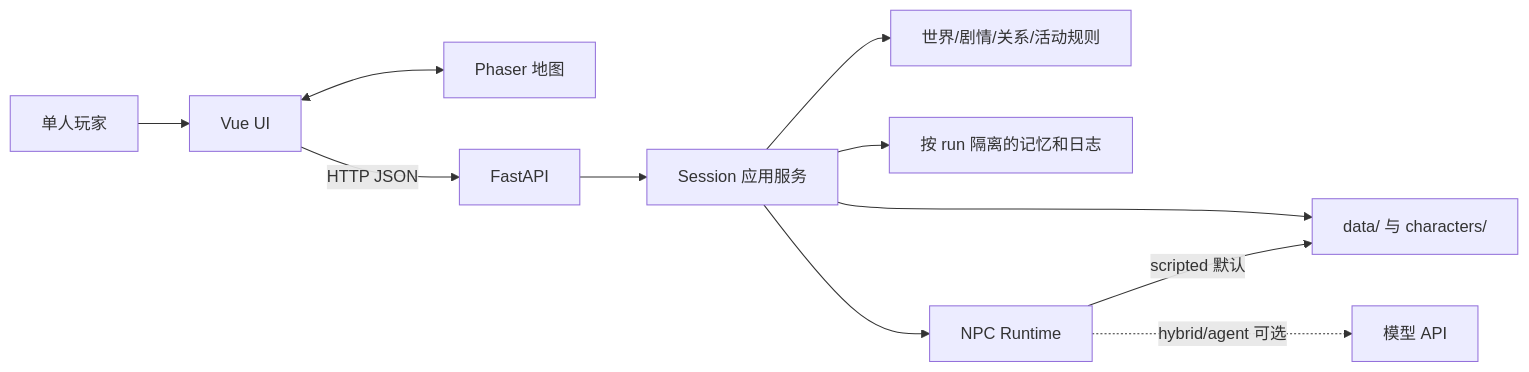
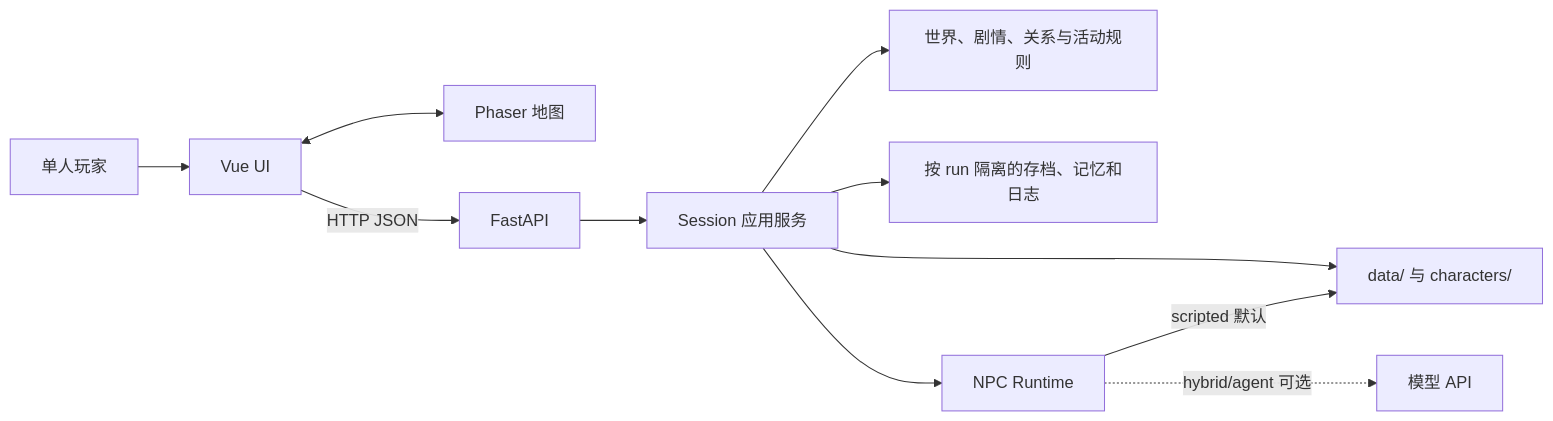
One commit to usefultool39/UW changed the first of 2 diagrams in docs/architecture/SYSTEM_OVERVIEW.md. Above: the diagram before and after it, drawn with Mermaid. The commit also changed other lines of this file and 143 other files, not shown here.

````diff
--- a/docs/architecture/SYSTEM_OVERVIEW.md
+++ b/docs/architecture/SYSTEM_OVERVIEW.md
@@ -9,13 +9,13 @@
 ```mermaid
 flowchart LR
   P["单人玩家"] --> UI["Vue UI"]
   UI <--> MAP["Phaser 地图"]
   UI -->|HTTP JSON| API["FastAPI"]
   API --> S["Session 应用服务"]
-  S --> D["世界/剧情/关系/活动规则"]
+  S --> D["世界、剧情、关系与活动规则"]
   S --> C["data/ 与 characters/"]
-  S --> M["按 run 隔离的记忆和日志"]
+  S --> M["按 run 隔离的存档、记忆和日志"]
   S --> R["NPC Runtime"]
   R -->|scripted 默认| C
   R -.->|hybrid/agent 可选| LLM["模型 API"]
 ```
````
